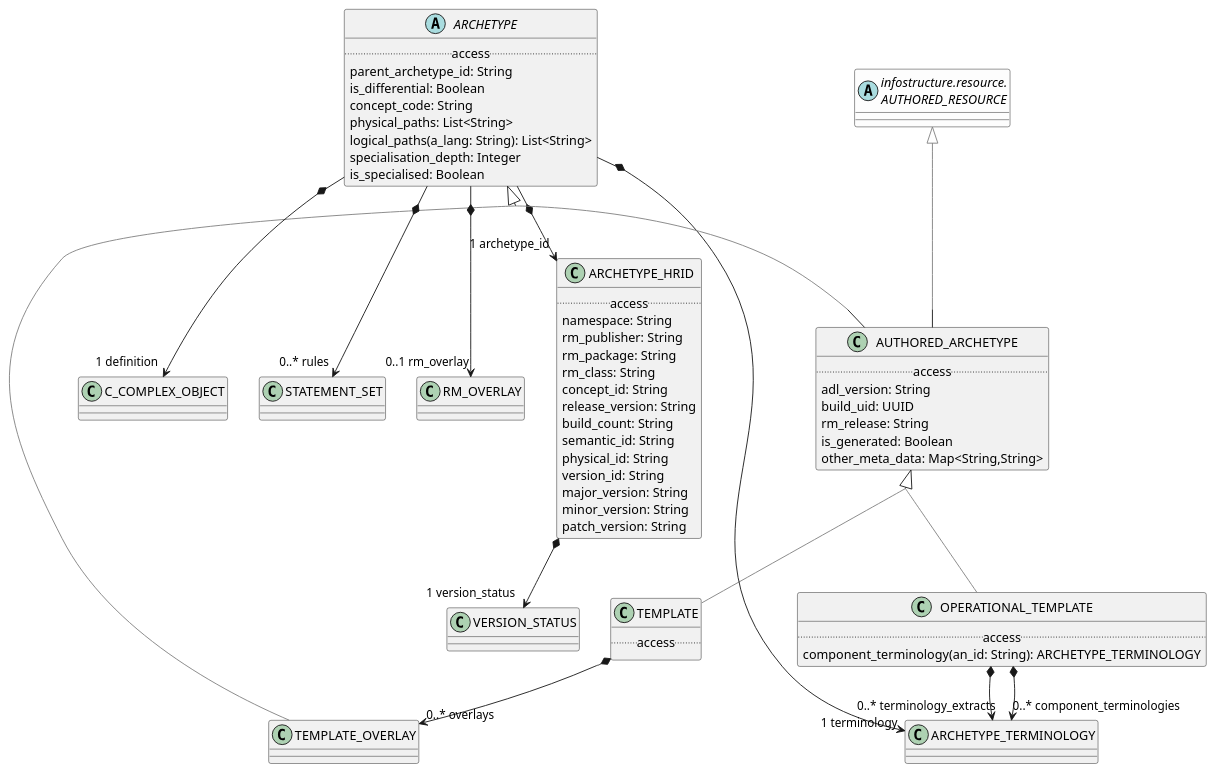
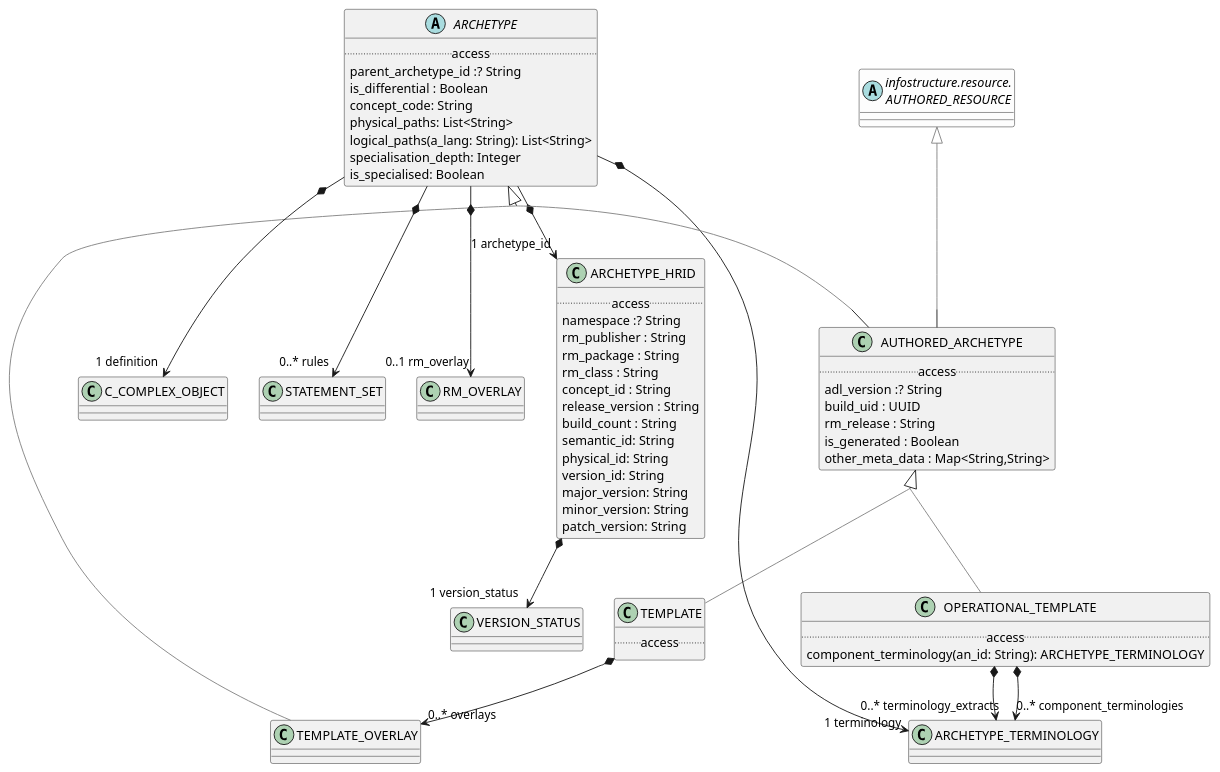
One commit to wolandscat/openehr-doc changed the diagram in modules/ROOT/examples/bmm/languages/aom2/archetype/archetype-package-uml.adoc. Above: the diagram before and after it, drawn with PlantUML. The commit also changed 1814 other files, not shown here.

```diff
--- a/modules/ROOT/examples/bmm/languages/aom2/archetype/archetype-package-uml.adoc
+++ b/modules/ROOT/examples/bmm/languages/aom2/archetype/archetype-package-uml.adoc
@@ -26,13 +26,13 @@
 
 class ARCHETYPE_HRID [[/openehr-doc/latest/languages/aom2-gen.html#_class_archetype_hrid]] {
         .. access ..
-        namespace: String
-        rm_publisher: String
-        rm_package: String
-        rm_class: String
-        concept_id: String
-        release_version: String
-        build_count: String
+        namespace :? String
+        rm_publisher : String
+        rm_package : String
+        rm_class : String
+        concept_id : String
+        release_version : String
+        build_count : String
         semantic_id: String
         physical_id: String
         version_id: String
@@ -40,7 +40,6 @@
         minor_version: String
         patch_version: String
 }
-
 
 ARCHETYPE_HRID *--> "1 version_status" VERSION_STATUS
 
@@ -55,15 +54,14 @@
 
 abstract class ARCHETYPE [[/openehr-doc/latest/languages/aom2-gen.html#_class_archetype]] {
         .. access ..
-        parent_archetype_id: String
-        is_differential: Boolean
+        parent_archetype_id :? String
+        is_differential : Boolean
         concept_code: String
         physical_paths: List<String>
         logical_paths(a_lang: String): List<String>
         specialisation_depth: Integer
         is_specialised: Boolean
 }
-
 
 ARCHETYPE *--> "1 archetype_id" ARCHETYPE_HRID
 
@@ -77,11 +75,11 @@
 
 class AUTHORED_ARCHETYPE [[/openehr-doc/latest/languages/aom2-gen.html#_class_authored_archetype]] {
         .. access ..
-        adl_version: String
-        build_uid: UUID
-        rm_release: String
-        is_generated: Boolean
-        other_meta_data: Map<String,String>
+        adl_version :? String
+        build_uid : UUID
+        rm_release : String
+        is_generated : Boolean
+        other_meta_data : Map<String,String>
 }
 
 AUTHORED_ARCHETYPE -[#gray]up-|> ARCHETYPE  
```
